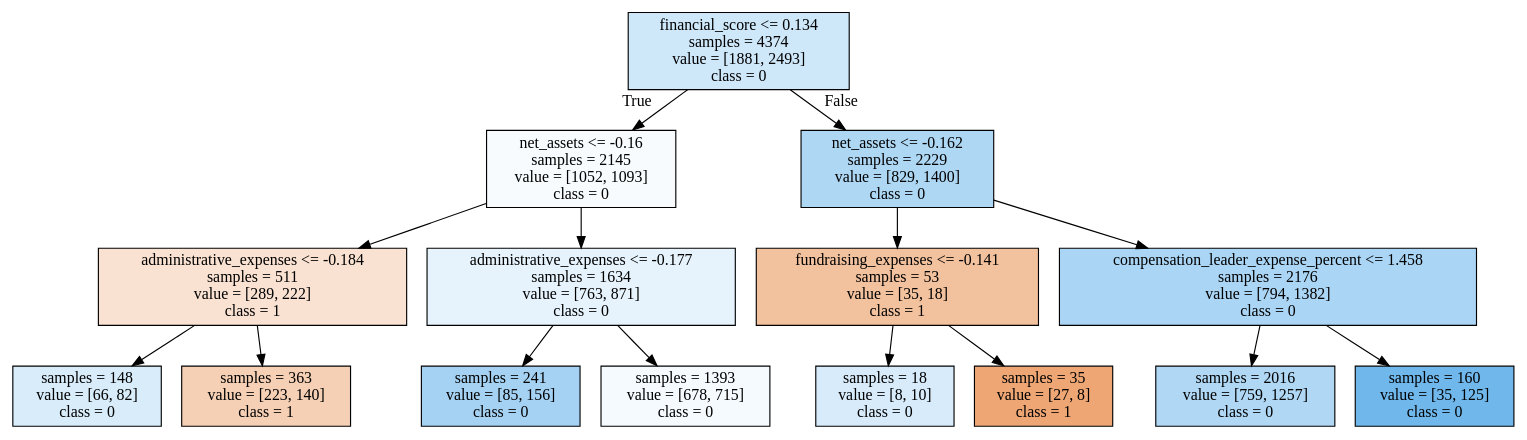
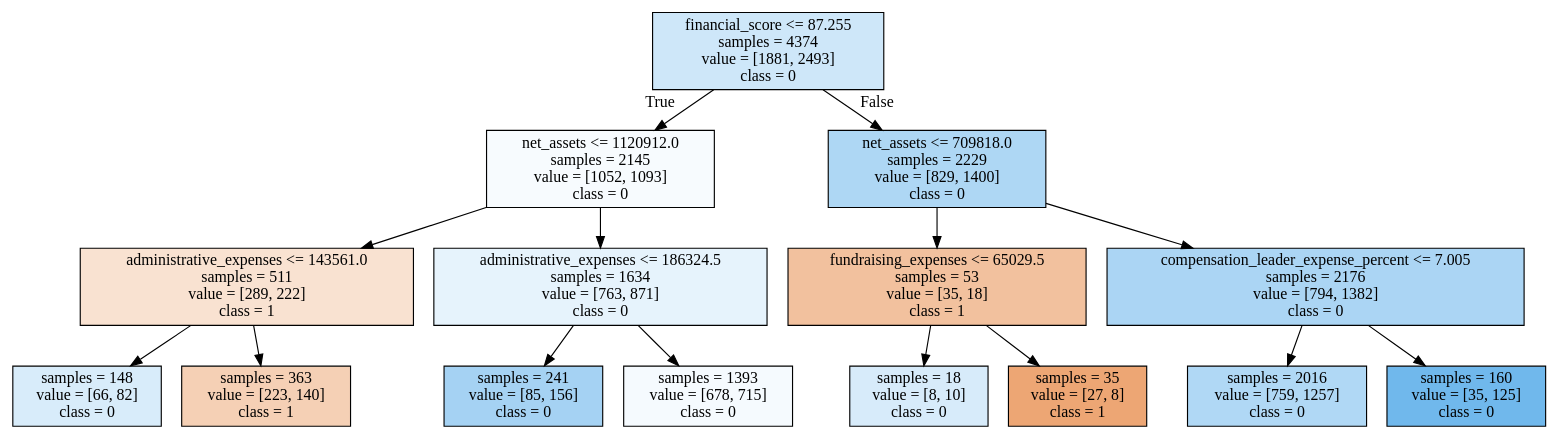
One commit to staceb/charities_in_the_united_states-2 changed the diagram in readonly/adspy_temp.dot. Above: the diagram before and after it, drawn with Graphviz. The commit also changed 2 other files, not shown here.

```diff
--- a/readonly/adspy_temp.dot
+++ b/readonly/adspy_temp.dot
@@ -1,32 +1,32 @@
 digraph Tree {
 node [shape=box, style="filled", color="black"] ;
-0 [label="financial_score <= 0.134\nsamples = 4374\nvalue = [1881, 2493]\nclass = 0", fillcolor="#399de53f"] ;
-1 [label="net_assets <= -0.16\nsamples = 2145\nvalue = [1052, 1093]\nclass = 0", fillcolor="#399de50a"] ;
+0 [label="financial_score <= 87.255\nsamples = 4374\nvalue = [1881, 2493]\nclass = 0", fillcolor="#399de53f"] ;
+1 [label="net_assets <= 1120912.0\nsamples = 2145\nvalue = [1052, 1093]\nclass = 0", fillcolor="#399de50a"] ;
 0 -> 1 [labeldistance=2.5, labelangle=45, headlabel="True"] ;
-2 [label="administrative_expenses <= -0.184\nsamples = 511\nvalue = [289, 222]\nclass = 1", fillcolor="#e581393b"] ;
+2 [label="administrative_expenses <= 143561.0\nsamples = 511\nvalue = [289, 222]\nclass = 1", fillcolor="#e581393b"] ;
 1 -> 2 ;
 3 [label="samples = 148\nvalue = [66, 82]\nclass = 0", fillcolor="#399de532"] ;
 2 -> 3 ;
 4 [label="samples = 363\nvalue = [223, 140]\nclass = 1", fillcolor="#e581395f"] ;
 2 -> 4 ;
-5 [label="administrative_expenses <= -0.177\nsamples = 1634\nvalue = [763, 871]\nclass = 0", fillcolor="#399de520"] ;
+5 [label="administrative_expenses <= 186324.5\nsamples = 1634\nvalue = [763, 871]\nclass = 0", fillcolor="#399de520"] ;
 1 -> 5 ;
 6 [label="samples = 241\nvalue = [85, 156]\nclass = 0", fillcolor="#399de574"] ;
 5 -> 6 ;
 7 [label="samples = 1393\nvalue = [678, 715]\nclass = 0", fillcolor="#399de50d"] ;
 5 -> 7 ;
-8 [label="net_assets <= -0.162\nsamples = 2229\nvalue = [829, 1400]\nclass = 0", fillcolor="#399de568"] ;
+8 [label="net_assets <= 709818.0\nsamples = 2229\nvalue = [829, 1400]\nclass = 0", fillcolor="#399de568"] ;
 0 -> 8 [labeldistance=2.5, labelangle=-45, headlabel="False"] ;
-9 [label="fundraising_expenses <= -0.141\nsamples = 53\nvalue = [35, 18]\nclass = 1", fillcolor="#e581397c"] ;
+9 [label="fundraising_expenses <= 65029.5\nsamples = 53\nvalue = [35, 18]\nclass = 1", fillcolor="#e581397c"] ;
 8 -> 9 ;
 10 [label="samples = 18\nvalue = [8, 10]\nclass = 0", fillcolor="#399de533"] ;
 9 -> 10 ;
 11 [label="samples = 35\nvalue = [27, 8]\nclass = 1", fillcolor="#e58139b3"] ;
 9 -> 11 ;
-12 [label="compensation_leader_expense_percent <= 1.458\nsamples = 2176\nvalue = [794, 1382]\nclass = 0", fillcolor="#399de56c"] ;
+12 [label="compensation_leader_expense_percent <= 7.005\nsamples = 2176\nvalue = [794, 1382]\nclass = 0", fillcolor="#399de56c"] ;
 8 -> 12 ;
 13 [label="samples = 2016\nvalue = [759, 1257]\nclass = 0", fillcolor="#399de565"] ;
 12 -> 13 ;
 14 [label="samples = 160\nvalue = [35, 125]\nclass = 0", fillcolor="#399de5b8"] ;
 12 -> 14 ;
 }
```
